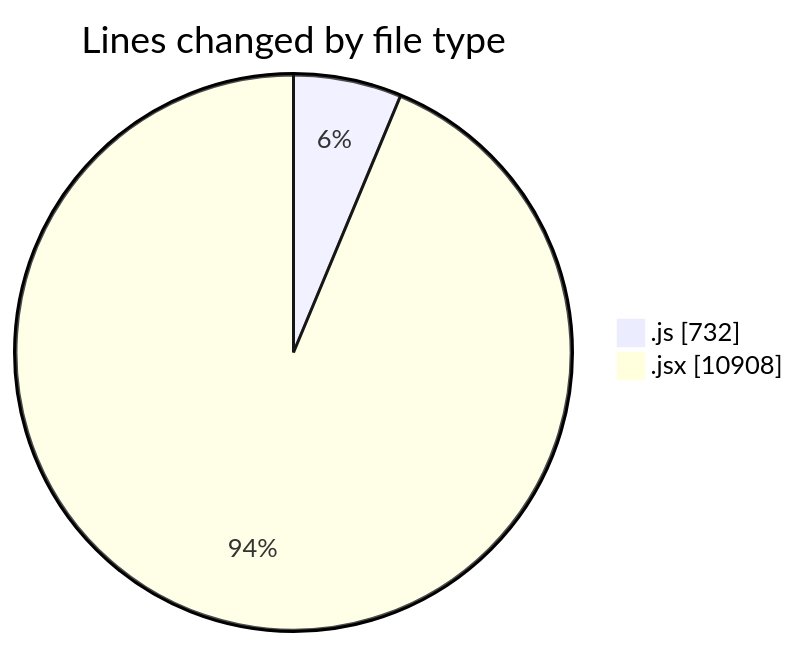
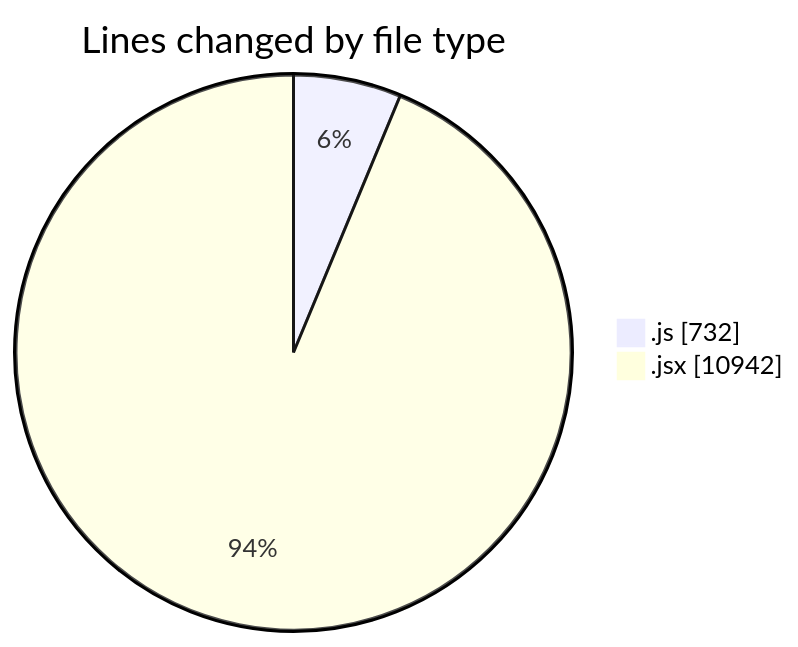
Before and after one commit to nxtqubesakshisongat/code-tracking: the first of 2 diagrams in 2025-07-28/nxtqube_webapp/README.md, drawn with Mermaid. The commit also changed other lines of this file and 1 other file, not shown here.

````diff
--- a/2025-07-28/nxtqube_webapp/README.md
+++ b/2025-07-28/nxtqube_webapp/README.md
@@ -47,6 +47,6 @@
 ```mermaid
 pie showData
 title Lines changed by file type
 ".js" : 732
-".jsx" : 10908
+".jsx" : 10942
 ```
````
